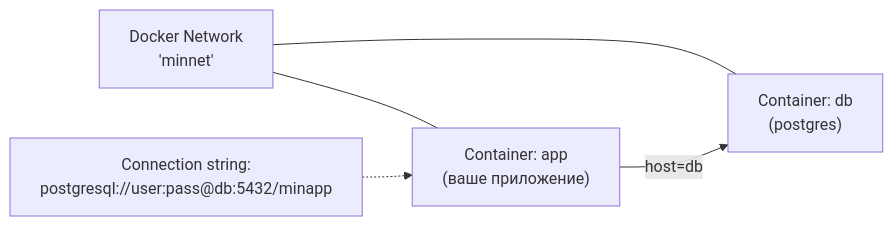
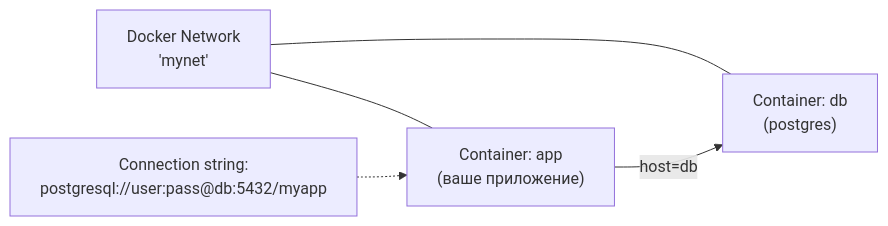
Diagram 12 of 24 in docs/notes/day3-docker-database.md (Mercantec-GHC/deploy-or-die-anbo0005), drawn with Mermaid before and after one commit. The commit also changed other lines of this file and 8 other files, not shown here.

````diff
--- a/docs/notes/day3-docker-database.md
+++ b/docs/notes/day3-docker-database.md
@@ -412,11 +412,11 @@
 ```mermaid
 graph LR
-    NET["Docker Network<br>'minnet'"]
+    NET["Docker Network<br>'mynet'"]
     DB["Container: db<br>(postgres)"]
     APP["Container: app<br>(ваше приложение)"]
     NET --- DB
     NET --- APP
     APP -->|host=db| DB
-    APP2["Connection string:<br>postgresql://user:pass@db:5432/minapp"]
+    APP2["Connection string:<br>postgresql://user:pass@db:5432/myapp"]
     APP2 -.-> APP
 ```
````
